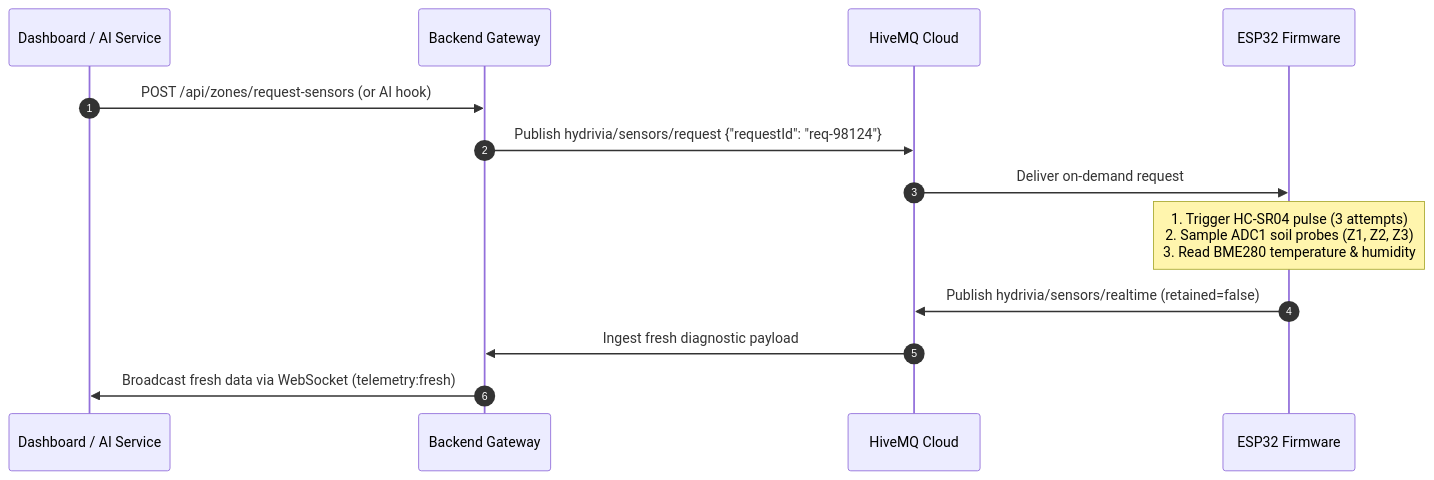
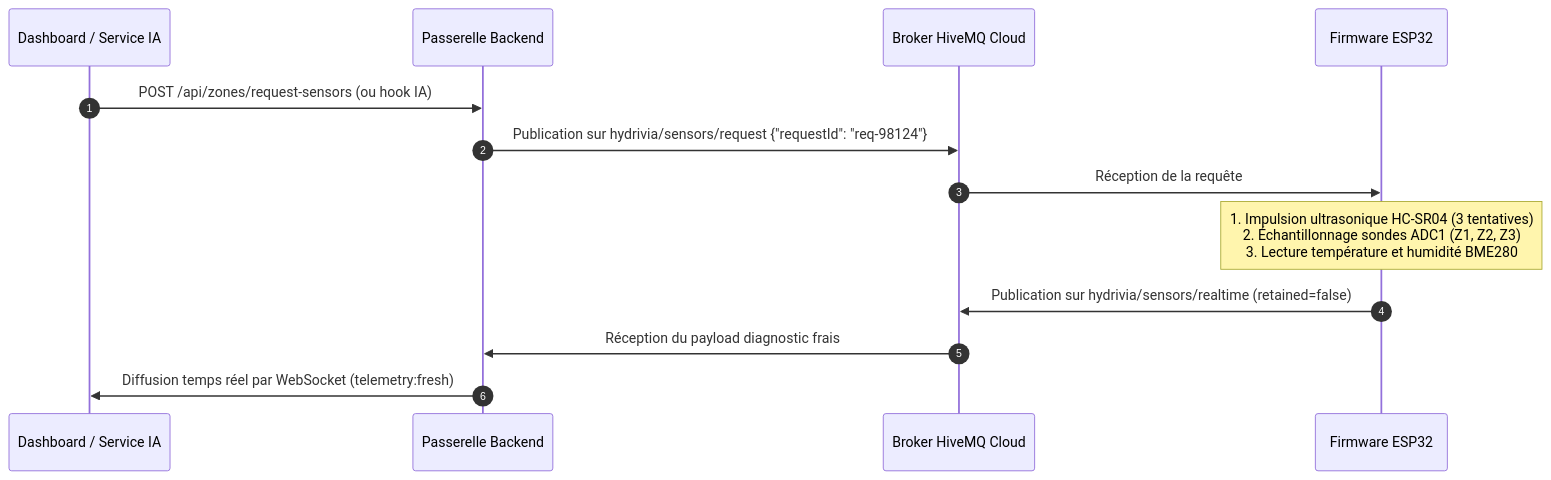
One commit to Musta2023/Hydrivia changed the fifth of 6 diagrams in README.md. Above: the diagram before and after it, drawn with Mermaid. The commit also changed other lines of this file and 1 other file, not shown here.

````diff
--- a/README.md
+++ b/README.md
@@ -628,16 +628,16 @@
 ```mermaid
 sequenceDiagram
     autonumber
-    participant UI as Dashboard / AI Service
-    participant Gateway as Backend Gateway
-    participant HiveMQ as HiveMQ Cloud
-    participant ESP as ESP32 Firmware
+    participant UI as Dashboard / Service IA
+    participant Gateway as Passerelle Backend
+    participant HiveMQ as Broker HiveMQ Cloud
+    participant ESP as Firmware ESP32
 
-    UI->>Gateway: POST /api/zones/request-sensors (or AI hook)
-    Gateway->>HiveMQ: Publish hydrivia/sensors/request {"requestId": "req-98124"}
-    HiveMQ->>ESP: Deliver on-demand request
-    Note over ESP: 1. Trigger HC-SR04 pulse (3 attempts)<br/>2. Sample ADC1 soil probes (Z1, Z2, Z3)<br/>3. Read BME280 temperature & humidity
-    ESP->>HiveMQ: Publish hydrivia/sensors/realtime (retained=false)
-    HiveMQ->>Gateway: Ingest fresh diagnostic payload
-    Gateway->>UI: Broadcast fresh data via WebSocket (telemetry:fresh)
+    UI->>Gateway: POST /api/zones/request-sensors (ou hook IA)
+    Gateway->>HiveMQ: Publication sur hydrivia/sensors/request {"requestId": "req-98124"}
+    HiveMQ->>ESP: Réception de la requête
+    Note over ESP: 1. Impulsion ultrasonique HC-SR04 (3 tentatives)<br/>2. Échantillonnage sondes ADC1 (Z1, Z2, Z3)<br/>3. Lecture température et humidité BME280
+    ESP->>HiveMQ: Publication sur hydrivia/sensors/realtime (retained=false)
+    HiveMQ->>Gateway: Réception du payload diagnostic frais
+    Gateway->>UI: Diffusion temps réel par WebSocket (telemetry:fresh)
 ```
````
